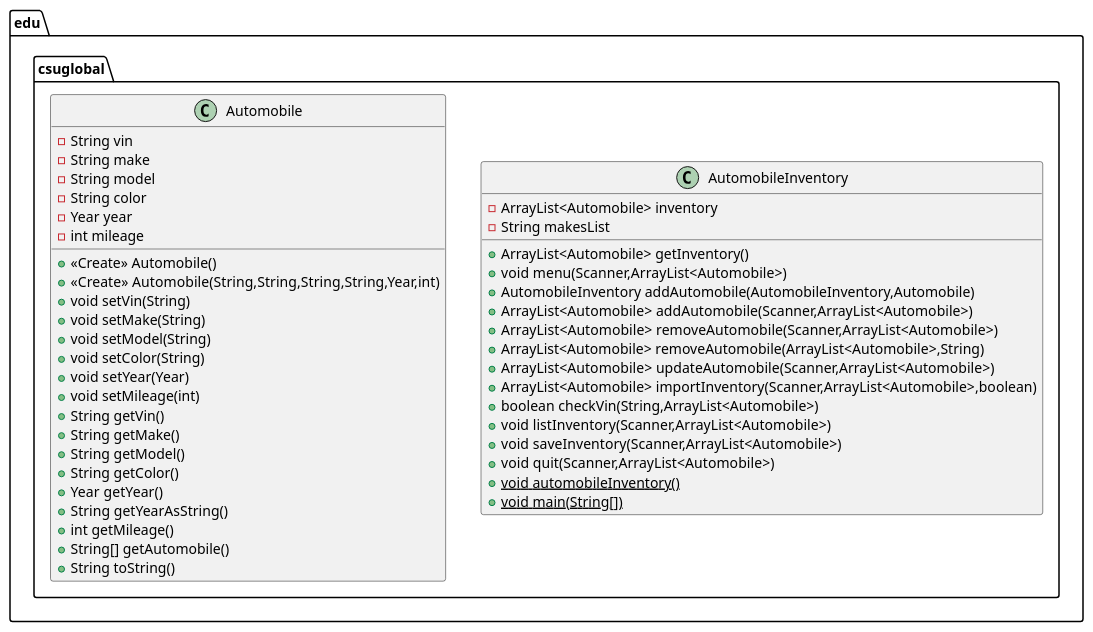
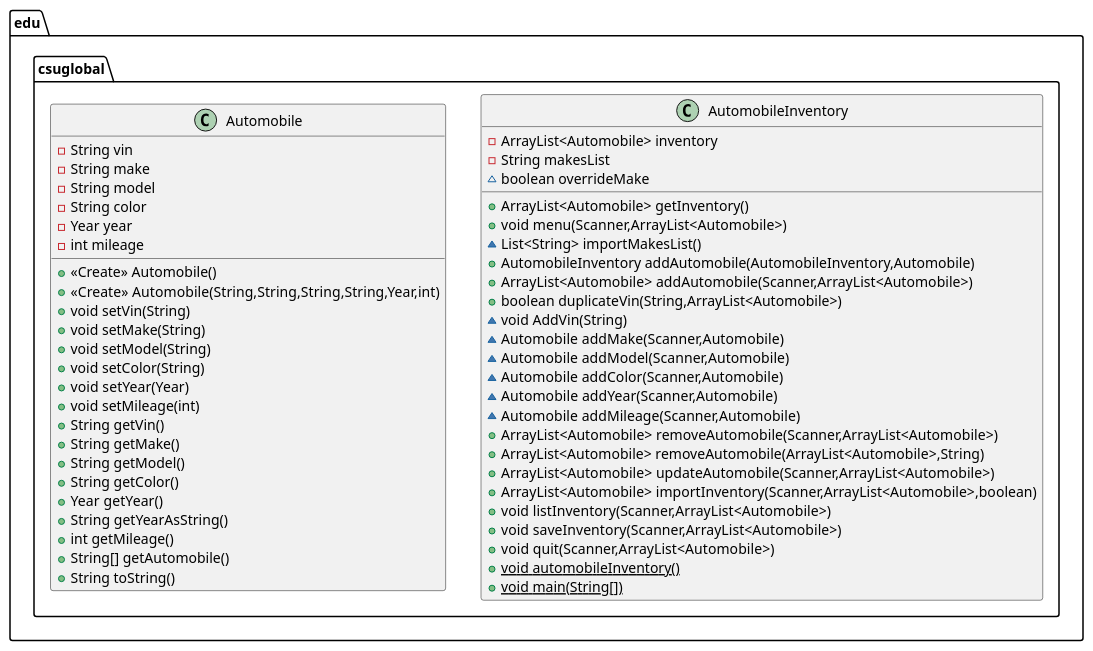
The diagram in program.puml (speters33w/CSUGlobal_CSC320_PortfolioProject_VehicleInventory), drawn with PlantUML before and after one commit. The commit also changed 9 other files, not shown here.

```diff
--- a/program.puml
+++ b/program.puml
@@ -1,45 +1,53 @@
 @startuml
 class edu.csuglobal.AutomobileInventory {
 - ArrayList<Automobile> inventory
 - String makesList
+~ boolean overrideMake
 + ArrayList<Automobile> getInventory()
 + void menu(Scanner,ArrayList<Automobile>)
+~ List<String> importMakesList()
 + AutomobileInventory addAutomobile(AutomobileInventory,Automobile)
 + ArrayList<Automobile> addAutomobile(Scanner,ArrayList<Automobile>)
++ boolean duplicateVin(String,ArrayList<Automobile>)
+~ void AddVin(String)
+~ Automobile addMake(Scanner,Automobile)
+~ Automobile addModel(Scanner,Automobile)
+~ Automobile addColor(Scanner,Automobile)
+~ Automobile addYear(Scanner,Automobile)
+~ Automobile addMileage(Scanner,Automobile)
 + ArrayList<Automobile> removeAutomobile(Scanner,ArrayList<Automobile>)
 + ArrayList<Automobile> removeAutomobile(ArrayList<Automobile>,String)
 + ArrayList<Automobile> updateAutomobile(Scanner,ArrayList<Automobile>)
 + ArrayList<Automobile> importInventory(Scanner,ArrayList<Automobile>,boolean)
-+ boolean checkVin(String,ArrayList<Automobile>)
 + void listInventory(Scanner,ArrayList<Automobile>)
 + void saveInventory(Scanner,ArrayList<Automobile>)
 + void quit(Scanner,ArrayList<Automobile>)
 + {static} void automobileInventory()
 + {static} void main(String[])
 }
 class edu.csuglobal.Automobile {
 - String vin
 - String make
 - String model
 - String color
 - Year year
 - int mileage
 + <<Create>> Automobile()
 + <<Create>> Automobile(String,String,String,String,Year,int)
 + void setVin(String)
 + void setMake(String)
 + void setModel(String)
 + void setColor(String)
 + void setYear(Year)
 + void setMileage(int)
 + String getVin()
 + String getMake()
 + String getModel()
 + String getColor()
 + Year getYear()
 + String getYearAsString()
 + int getMileage()
 + String[] getAutomobile()
 + String toString()
 }
 @enduml
```
